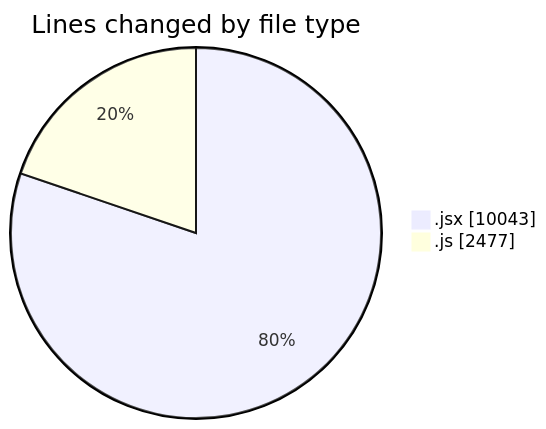
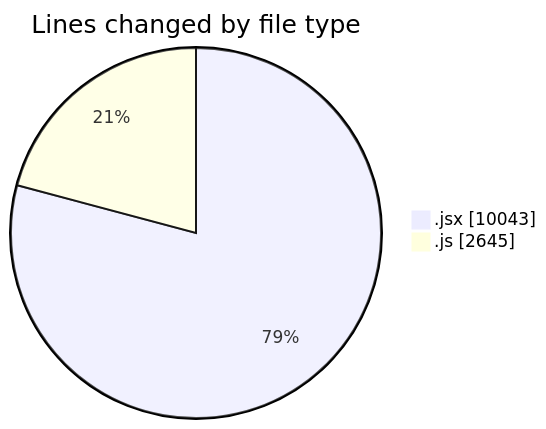
Before and after one commit to nxtqubesakshisongat/code-tracking: the first of 2 diagrams in 2026-01-20/nxtqube_webapp/README.md, drawn with Mermaid. The commit also changed other lines of this file and 1 other file, not shown here.

````diff
--- a/2026-01-20/nxtqube_webapp/README.md
+++ b/2026-01-20/nxtqube_webapp/README.md
@@ -27,6 +27,6 @@
 ```mermaid
 pie showData
 title Lines changed by file type
 ".jsx" : 10043
-".js" : 2477
+".js" : 2645
 ```
````
